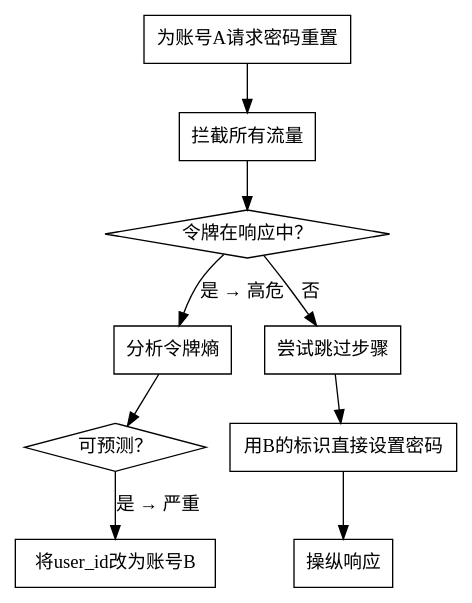
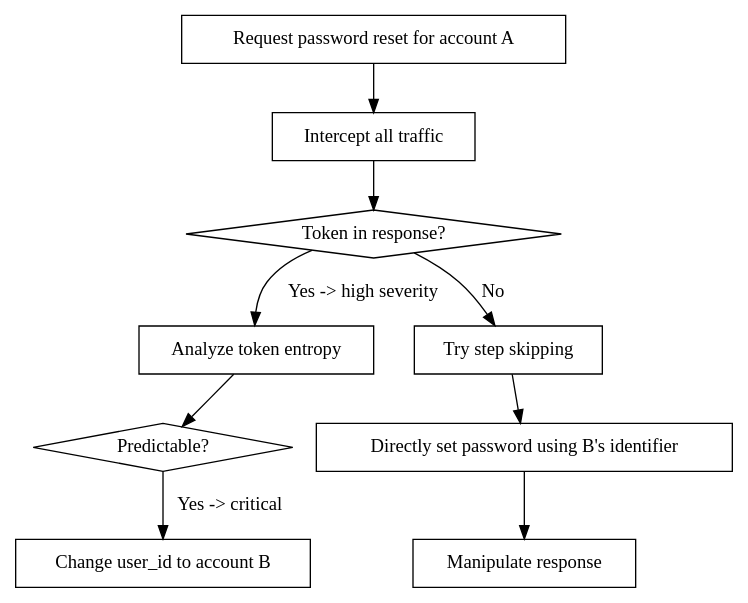
The diagram in plugins/wooyun-legacy/skills/wooyun-legacy/references/authentication-domain.md (nathan-gage/wooyun-legacy-english), drawn with Graphviz before and after one commit. The commit also changed other lines of this file and 130 other files, not shown here.

````diff
--- a/plugins/wooyun-legacy/skills/wooyun-legacy/references/authentication-domain.md
+++ b/plugins/wooyun-legacy/skills/wooyun-legacy/references/authentication-domain.md
@@ -67,22 +67,22 @@
 ```dot
 digraph password_reset_test {
-    "为账号A请求密码重置" [shape=box];
-    "拦截所有流量" [shape=box];
-    "令牌在响应中？" [shape=diamond];
-    "分析令牌熵" [shape=box];
-    "可预测？" [shape=diamond];
-    "尝试跳过步骤" [shape=box];
-    "用B的标识直接设置密码" [shape=box];
-    "将user_id改为账号B" [shape=box];
-    "操纵响应" [shape=box];
+    "Request password reset for account A" [shape=box];
+    "Intercept all traffic" [shape=box];
+    "Token in response?" [shape=diamond];
+    "Analyze token entropy" [shape=box];
+    "Predictable?" [shape=diamond];
+    "Try step skipping" [shape=box];
+    "Directly set password using B's identifier" [shape=box];
+    "Change user_id to account B" [shape=box];
+    "Manipulate response" [shape=box];
 
-    "为账号A请求密码重置" -> "拦截所有流量";
-    "拦截所有流量" -> "令牌在响应中？";
-    "令牌在响应中？" -> "分析令牌熵" [label="是 → 高危"];
-    "令牌在响应中？" -> "尝试跳过步骤" [label="否"];
-    "分析令牌熵" -> "可预测？";
-    "可预测？" -> "将user_id改为账号B" [label="是 → 严重"];
-    "尝试跳过步骤" -> "用B的标识直接设置密码";
-    "用B的标识直接设置密码" -> "操纵响应";
+    "Request password reset for account A" -> "Intercept all traffic";
+    "Intercept all traffic" -> "Token in response?";
+    "Token in response?" -> "Analyze token entropy" [label="Yes -> high severity"];
+    "Token in response?" -> "Try step skipping" [label="No"];
+    "Analyze token entropy" -> "Predictable?";
+    "Predictable?" -> "Change user_id to account B" [label="Yes -> critical"];
+    "Try step skipping" -> "Directly set password using B's identifier";
+    "Directly set password using B's identifier" -> "Manipulate response";
 }
 ```
````
